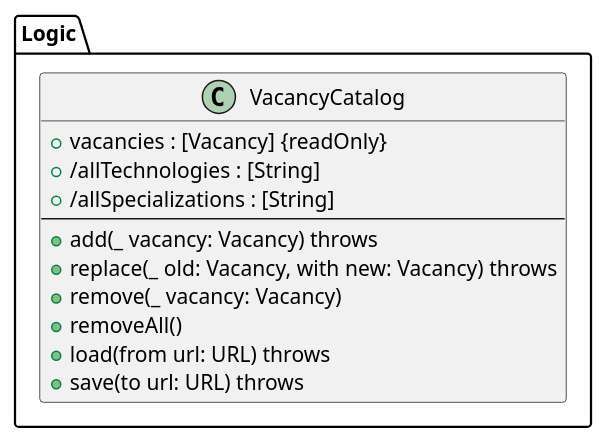
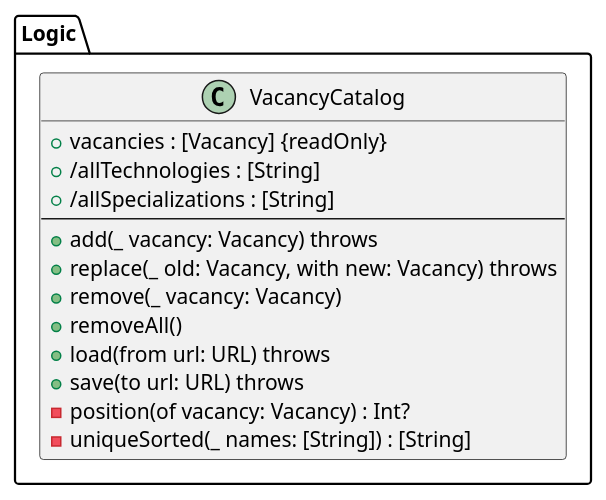
The diagram in docs/uml/2-classes/types/catalog.iuml (goosedum/kursova-1), drawn with PlantUML before and after one commit. The commit also changed 6 other files, not shown here.

```diff
--- a/docs/uml/2-classes/types/catalog.iuml
+++ b/docs/uml/2-classes/types/catalog.iuml
@@ -1,15 +1,17 @@
 ' Шар Logic — каталог вакансій (сховище з перевіркою). Підключається з діаграм у docs/uml/2-classes (крок 3.2). Джерело — .claude/plan/02-architecture.md §3.
 package "Logic" {
   class VacancyCatalog {
     + vacancies : [Vacancy] {readOnly}
     + /allTechnologies : [String]
     + /allSpecializations : [String]
     --
     + add(_ vacancy: Vacancy) throws
     + replace(_ old: Vacancy, with new: Vacancy) throws
     + remove(_ vacancy: Vacancy)
     + removeAll()
     + load(from url: URL) throws
     + save(to url: URL) throws
+    - position(of vacancy: Vacancy) : Int?
+    - uniqueSorted(_ names: [String]) : [String]
   }
 }
```
